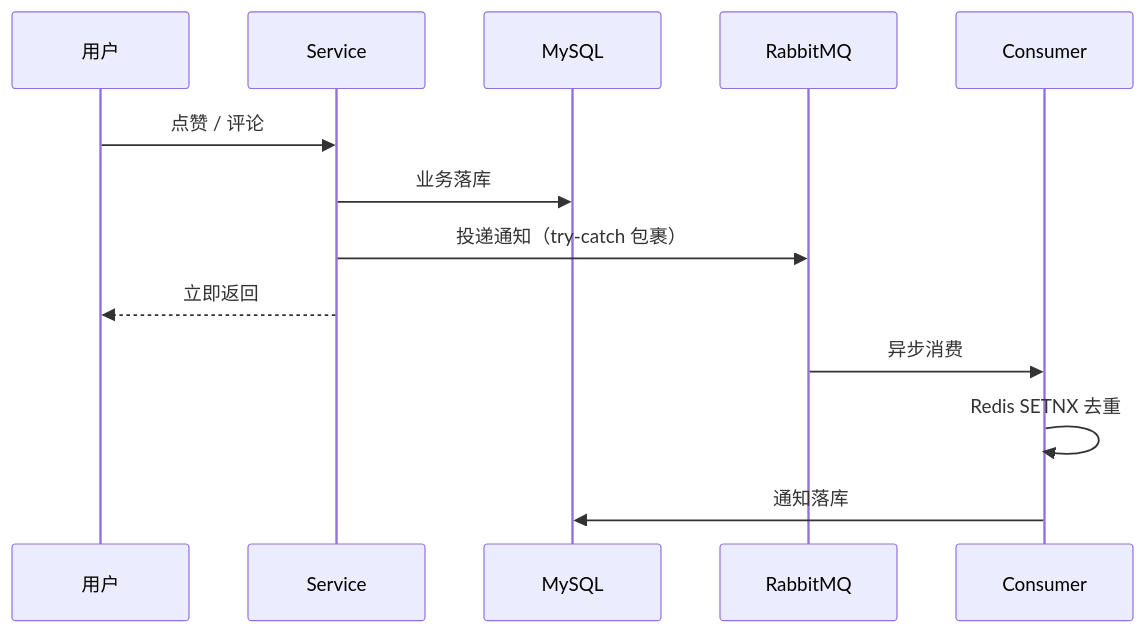
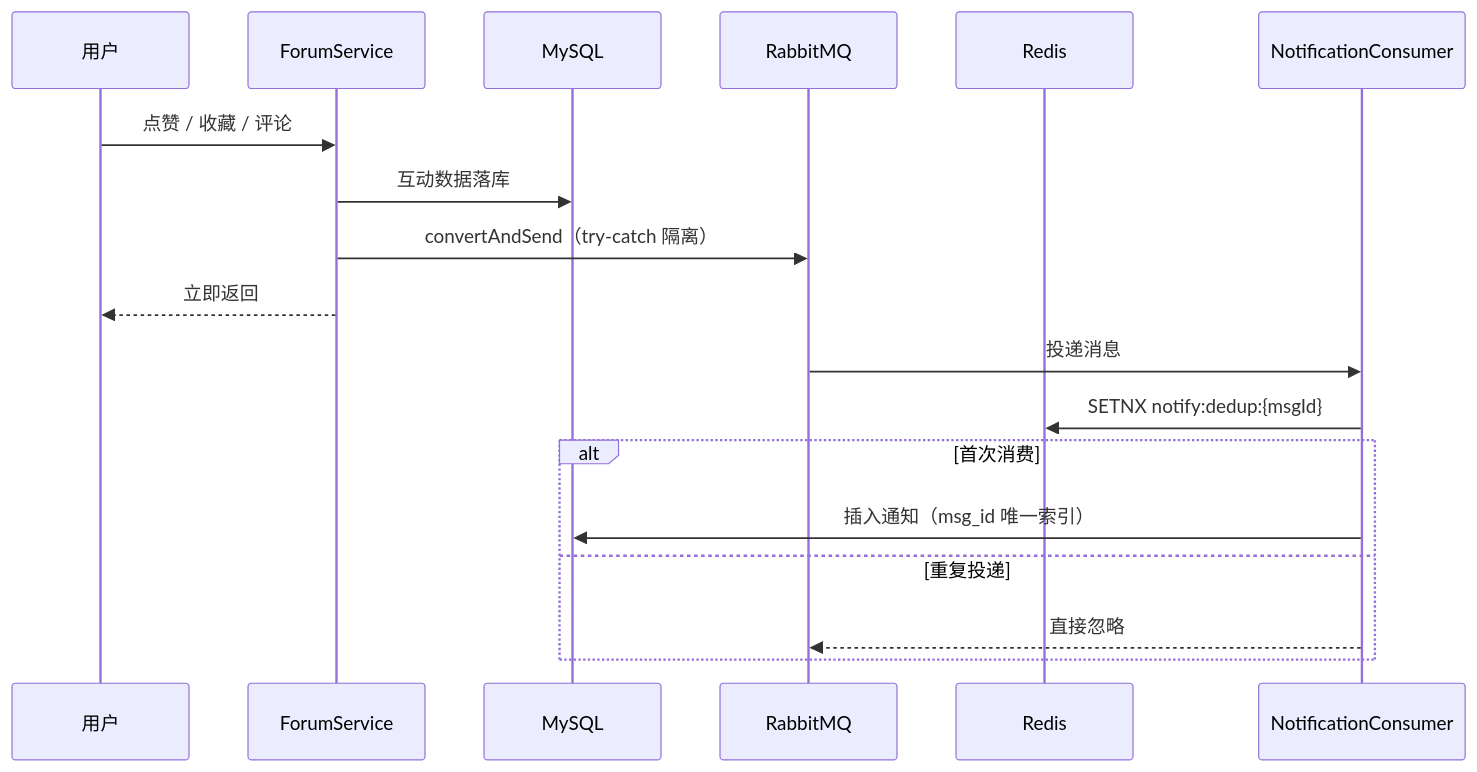
Before and after one commit to yazhoujiucaihezi/Tech-Community: the second of 2 diagrams in README.md, drawn with Mermaid. The commit also changed other lines of this file and 6 other files, not shown here.

````diff
--- a/README.md
+++ b/README.md
@@ -167,16 +191,21 @@
 ```mermaid
 sequenceDiagram
     participant U as 用户
-    participant S as Service
+    participant S as ForumService
     participant DB as MySQL
     participant MQ as RabbitMQ
-    participant C as Consumer
+    participant R as Redis
+    participant C as NotificationConsumer
 
-    U->>S: 点赞 / 评论
-    S->>DB: 业务落库
-    S->>MQ: 投递通知（try-catch 包裹）
+    U->>S: 点赞 / 收藏 / 评论
+    S->>DB: 互动数据落库
+    S->>MQ: convertAndSend（try-catch 隔离）
     S-->>U: 立即返回
-    MQ->>C: 异步消费
-    C->>C: Redis SETNX 去重
-    C->>DB: 通知落库
+    MQ->>C: 投递消息
+    C->>R: SETNX notify:dedup:{msgId}
+    alt 首次消费
+        C->>DB: 插入通知（msg_id 唯一索引）
+    else 重复投递
+        C-->>MQ: 直接忽略
+    end
 ```
````
